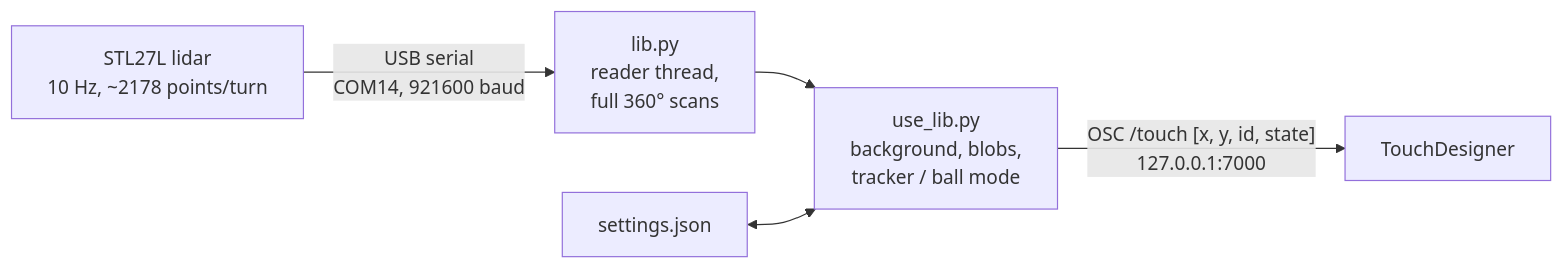
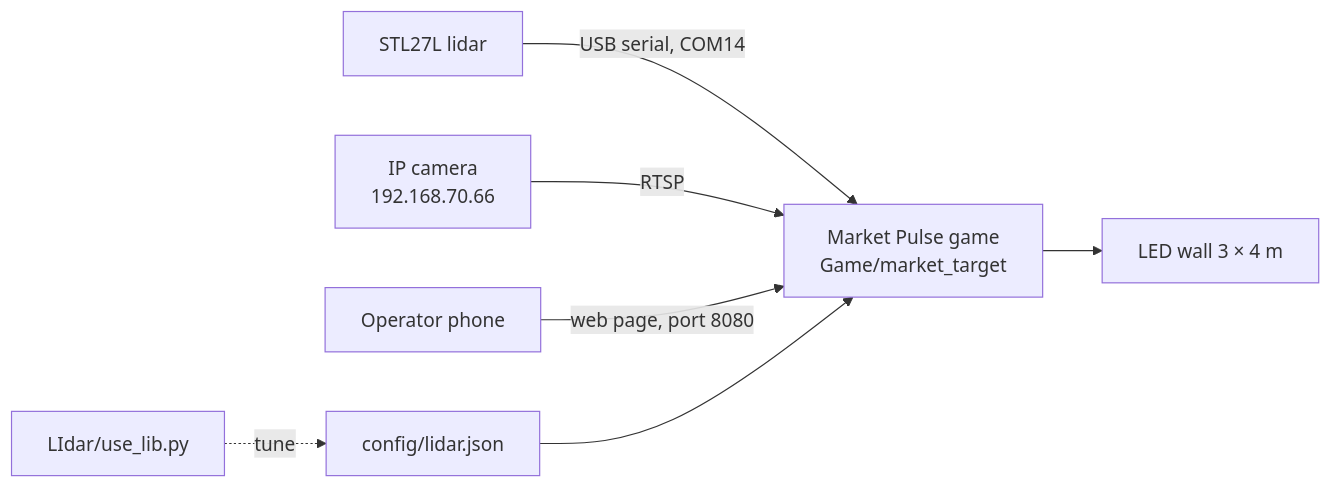
One commit to Arman-H-R/mofid_game changed the diagram in README.md. Above: the diagram before and after it, drawn with Mermaid. The commit also changed other lines of this file and 94 other files, not shown here.

First line of the commit message:
Add the game code, camera tools and project README; move the lidar tool into LIdar/

````diff
--- a/README.md
+++ b/README.md
@@ -37,7 +25,9 @@
 ```mermaid
 flowchart LR
-    L["STL27L lidar<br/>10 Hz, ~2178 points/turn"] -- "USB serial<br/>COM14, 921600 baud" --> R["lib.py<br/>reader thread,<br/>full 360° scans"]
-    R --> D["use_lib.py<br/>background, blobs,<br/>tracker / ball mode"]
-    D -- "OSC /touch [x, y, id, state]<br/>127.0.0.1:7000" --> T["TouchDesigner"]
-    S["settings.json"] <--> D
+    L["STL27L lidar"] -- "USB serial, COM14" --> G["Market Pulse game<br/>Game/market_target"]
+    C["IP camera<br/>192.168.70.66"] -- "RTSP" --> G
+    P["Operator phone"] -- "web page, port 8080" --> G
+    G --> W["LED wall 3 × 4 m"]
+    T["LIdar/use_lib.py"] -. "tune" .-> J["config/lidar.json"]
+    J --> G
 ```
````
